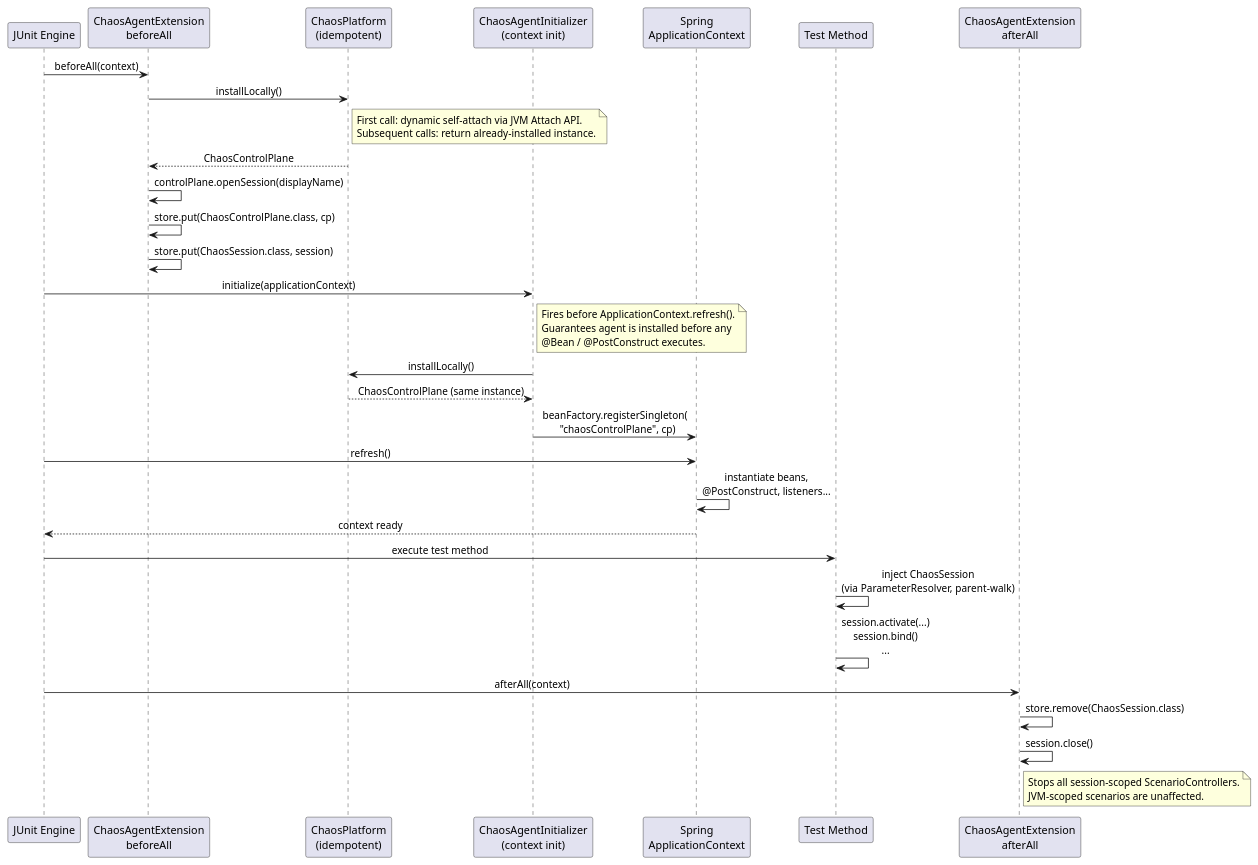
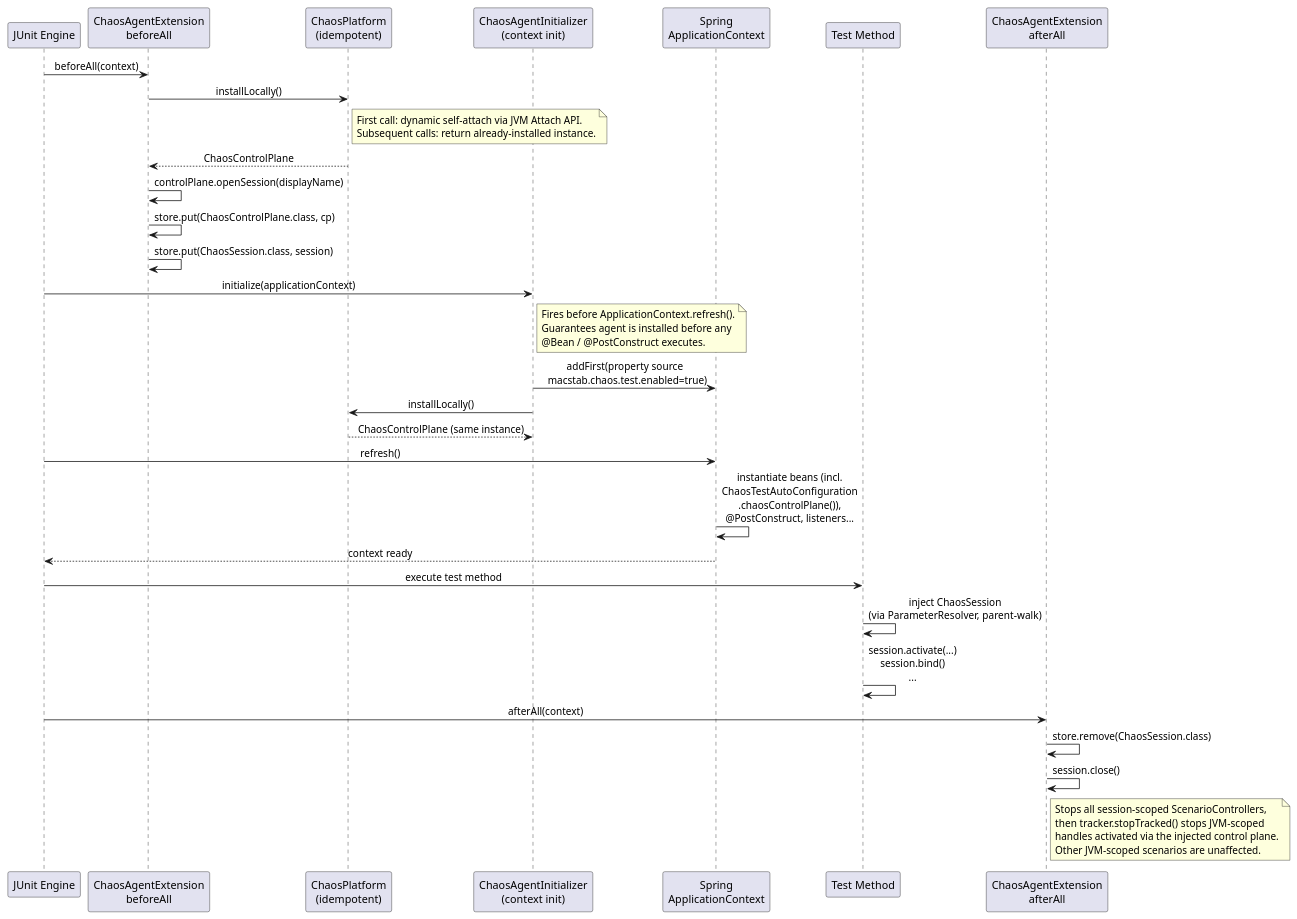
The first of 2 diagrams in docs/spring-integration.md (macstab/macstab-chaos-jvm-agent), drawn with PlantUML before and after one commit. The commit also changed other lines of this file and 11 other files, not shown here.

````diff
--- a/docs/spring-integration.md
+++ b/docs/spring-integration.md
@@ -235,51 +226,53 @@
 ```plantuml
 @startuml
 skinparam sequenceMessageAlign center
 skinparam responseMessageBelowArrow true
 
 participant "JUnit Engine" as JUnit
 participant "ChaosAgentExtension\nbeforeAll" as Ext
 participant "ChaosPlatform\n(idempotent)" as Platform
 participant "ChaosAgentInitializer\n(context init)" as Init
 participant "Spring\nApplicationContext" as Spring
 participant "Test Method" as Test
 participant "ChaosAgentExtension\nafterAll" as After
 
 JUnit -> Ext: beforeAll(context)
 Ext -> Platform: installLocally()
 note right of Platform
   First call: dynamic self-attach via JVM Attach API.
   Subsequent calls: return already-installed instance.
 end note
 Platform --> Ext: ChaosControlPlane
 Ext -> Ext: controlPlane.openSession(displayName)
 Ext -> Ext: store.put(ChaosControlPlane.class, cp)
 Ext -> Ext: store.put(ChaosSession.class, session)
 
 JUnit -> Init: initialize(applicationContext)
 note right of Init
   Fires before ApplicationContext.refresh().
   Guarantees agent is installed before any
   @Bean / @PostConstruct executes.
 end note
+Init -> Spring: addFirst(property source\n  macstab.chaos.test.enabled=true)
 Init -> Platform: installLocally()
 Platform --> Init: ChaosControlPlane (same instance)
-Init -> Spring: beanFactory.registerSingleton(\n  "chaosControlPlane", cp)
 
 JUnit -> Spring: refresh()
-Spring -> Spring: instantiate beans,\n@PostConstruct, listeners...
+Spring -> Spring: instantiate beans (incl.\nChaosTestAutoConfiguration\n.chaosControlPlane()),\n@PostConstruct, listeners...
 Spring --> JUnit: context ready
 
 JUnit -> Test: execute test method
 Test -> Test: inject ChaosSession\n(via ParameterResolver, parent-walk)
 Test -> Test: session.activate(...)\nsession.bind()\n...
 
 JUnit -> After: afterAll(context)
 After -> After: store.remove(ChaosSession.class)
 After -> After: session.close()
 note right of After
-  Stops all session-scoped ScenarioControllers.
-  JVM-scoped scenarios are unaffected.
+  Stops all session-scoped ScenarioControllers,
+  then tracker.stopTracked() stops JVM-scoped
+  handles activated via the injected control plane.
+  Other JVM-scoped scenarios are unaffected.
 end note
 @enduml
 ```
````
